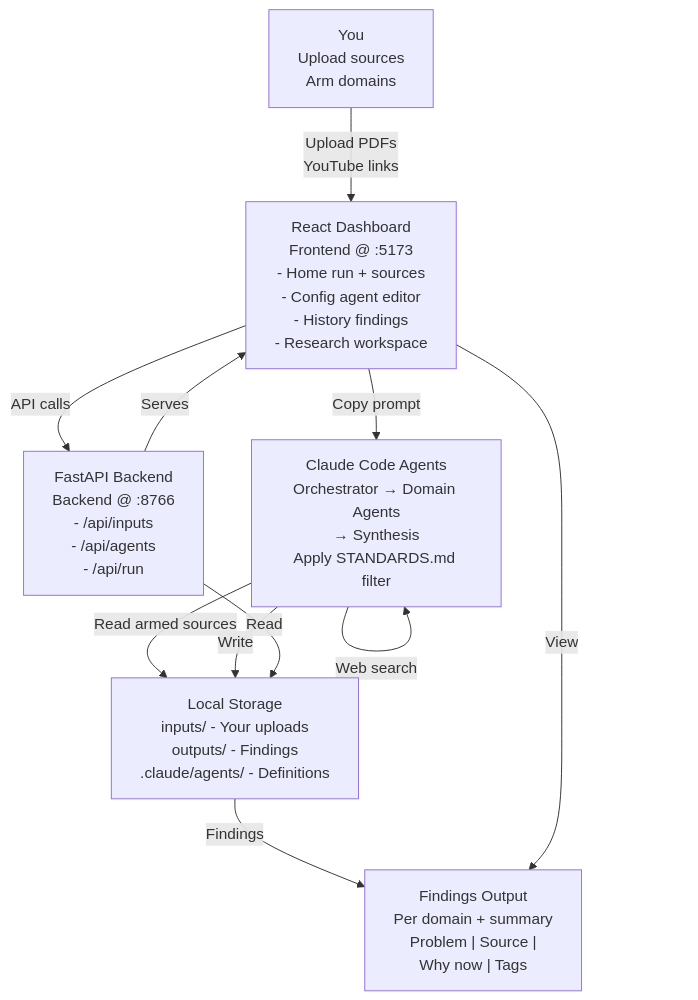
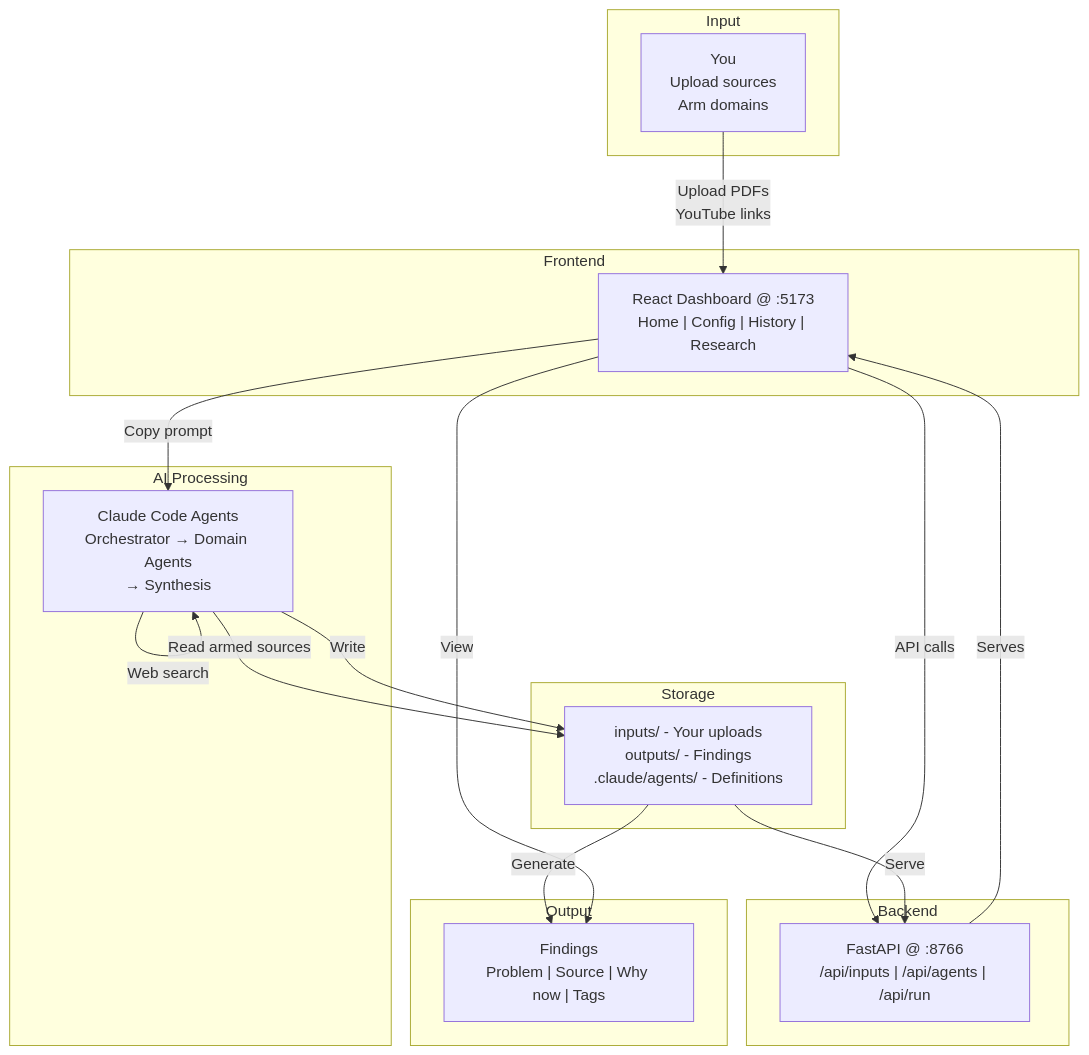
The diagram in README.md (shiviancodes/research-scout), drawn with Mermaid before and after one commit.

Commit message:
docs: improve diagram visual hierarchy with subgraph layers

````diff
--- a/README.md
+++ b/README.md
@@ -64,25 +64,37 @@
 ```mermaid
-graph TB
-    User["You<br/>Upload sources<br/>Arm domains"]
+flowchart TB
+    subgraph input["Input"]
+        User["You<br/>Upload sources<br/>Arm domains"]
+    end
     
-    Dashboard["React Dashboard<br/>Frontend @ :5173<br/>- Home run + sources<br/>- Config agent editor<br/>- History findings<br/>- Research workspace"]
+    subgraph frontend["Frontend"]
+        Dashboard["React Dashboard @ :5173<br/>Home | Config | History | Research"]
+    end
     
-    API["FastAPI Backend<br/>Backend @ :8766<br/>- /api/inputs<br/>- /api/agents<br/>- /api/run"]
+    subgraph backend["Backend"]
+        API["FastAPI @ :8766<br/>/api/inputs | /api/agents | /api/run"]
+    end
     
-    Agents["Claude Code Agents<br/>Orchestrator → Domain Agents<br/>→ Synthesis<br/>Apply STANDARDS.md filter"]
+    subgraph processing["AI Processing"]
+        Agents["Claude Code Agents<br/>Orchestrator → Domain Agents<br/>→ Synthesis"]
+    end
     
-    Storage["Local Storage<br/>inputs/ - Your uploads<br/>outputs/ - Findings<br/>.claude/agents/ - Definitions"]
+    subgraph storage["Storage"]
+        Files["inputs/ - Your uploads<br/>outputs/ - Findings<br/>.claude/agents/ - Definitions"]
+    end
     
-    Findings["Findings Output<br/>Per domain + summary<br/>Problem | Source |<br/>Why now | Tags"]
+    subgraph output["Output"]
+        Findings["Findings<br/>Problem | Source | Why now | Tags"]
+    end
     
     User -->|Upload PDFs<br/>YouTube links| Dashboard
+    Dashboard -->|API calls| API
     Dashboard -->|Copy prompt| Agents
-    Dashboard -->|API calls| API
     API -->|Serves| Dashboard
-    Agents -->|Read armed sources| Storage
+    Agents -->|Read armed sources| Files
     Agents -->|Web search| Agents
-    Agents -->|Write| Storage
-    Storage -->|Findings| Findings
-    API -->|Read| Storage
+    Agents -->|Write| Files
+    Files -->|Serve| API
+    Files -->|Generate| Findings
     Dashboard -->|View| Findings
 ```
````
